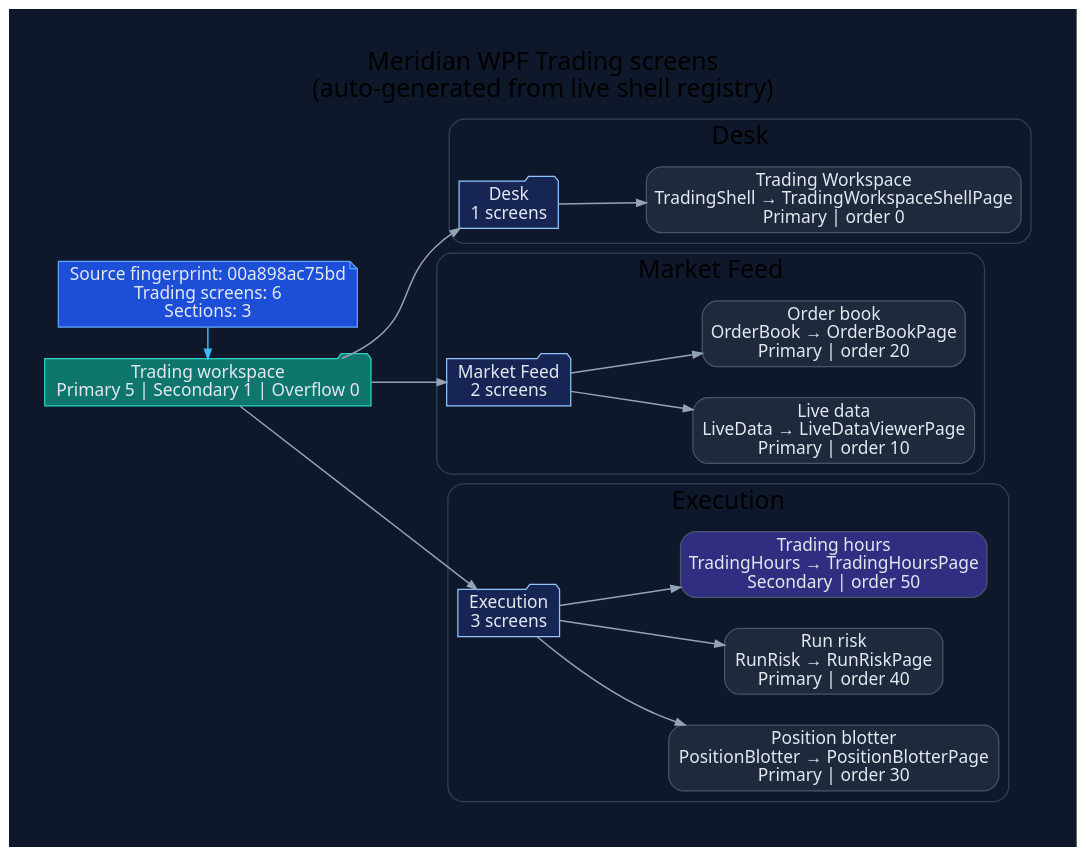
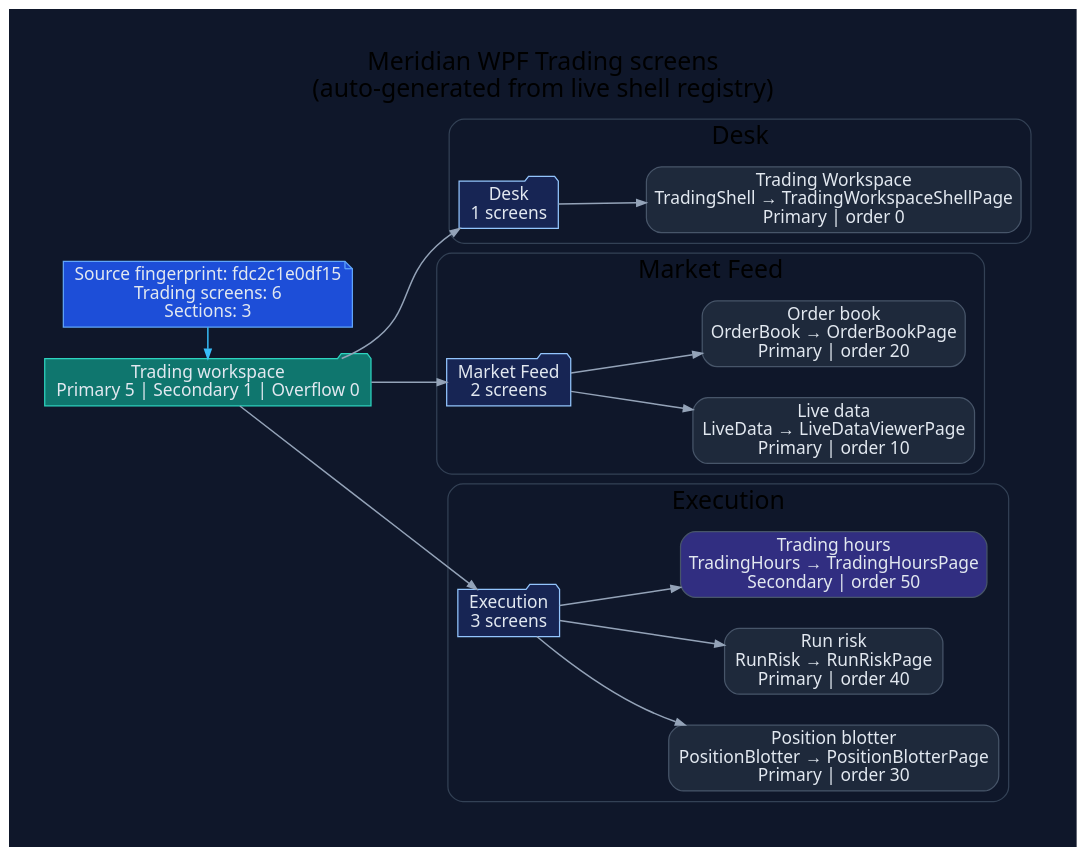
One commit to rodoHasArrived/Meridian-main changed the diagram in docs/diagrams/ui-wpf-screens-trading.dot. Above: the diagram before and after it, drawn with Graphviz. The commit also changed 86 other files, not shown here.

```diff
--- a/docs/diagrams/ui-wpf-screens-trading.dot
+++ b/docs/diagrams/ui-wpf-screens-trading.dot
@@ -1,62 +1,62 @@
 // -----------------------------------------------------------------------------
 // <auto-generated>
 // Generated by scripts/generate-diagrams.mjs.
 // Do not edit this file directly; update the WPF source files instead.
 // -----------------------------------------------------------------------------
 digraph WpfTradingScreens {
   graph [
     rankdir=LR,
     labelloc=t,
     label="Meridian WPF Trading screens\n(auto-generated from live shell registry)",
     fontname="Segoe UI",
     fontsize=20,
     pad=0.4,
     nodesep=0.35,
     ranksep=0.85,
     bgcolor="#0f172a"
   ];
   node [fontname="Segoe UI", shape=box, style="rounded,filled", color="#475569", fontcolor="#e2e8f0", fillcolor="#1e293b"];
   edge [fontname="Segoe UI", color="#94a3b8", penwidth=1.2, arrowsize=0.75];
 
-  generated [shape=note, fillcolor="#1d4ed8", color="#60a5fa", label="Source fingerprint: 00a898ac75bd\nTrading screens: 6\nSections: 3"];
+  generated [shape=note, fillcolor="#1d4ed8", color="#60a5fa", label="Source fingerprint: fdc2c1e0df15\nTrading screens: 6\nSections: 3"];
   workspace [shape=folder, fillcolor="#0f766e", color="#2dd4bf", label="Trading workspace\nPrimary 5 | Secondary 1 | Overflow 0"];
   generated -> workspace [color="#38bdf8"];
 
   subgraph cluster_section_1 {
     label="Desk";
     color="#334155";
     style="rounded";
     section_1 [shape=folder, fillcolor="#172554", color="#93c5fd", label="Desk\n1 screens"];
     workspace -> section_1;
     screen_TradingShell [fillcolor="#1e293b", label="Trading Workspace\nTradingShell → TradingWorkspaceShellPage\nPrimary | order 0"];
     section_1 -> screen_TradingShell;
   }
 
   subgraph cluster_section_2 {
     label="Market Feed";
     color="#334155";
     style="rounded";
     section_2 [shape=folder, fillcolor="#172554", color="#93c5fd", label="Market Feed\n2 screens"];
     workspace -> section_2;
     screen_LiveData [fillcolor="#1e293b", label="Live data\nLiveData → LiveDataViewerPage\nPrimary | order 10"];
     section_2 -> screen_LiveData;
     screen_OrderBook [fillcolor="#1e293b", label="Order book\nOrderBook → OrderBookPage\nPrimary | order 20"];
     section_2 -> screen_OrderBook;
   }
 
   subgraph cluster_section_3 {
     label="Execution";
     color="#334155";
     style="rounded";
     section_3 [shape=folder, fillcolor="#172554", color="#93c5fd", label="Execution\n3 screens"];
     workspace -> section_3;
     screen_PositionBlotter [fillcolor="#1e293b", label="Position blotter\nPositionBlotter → PositionBlotterPage\nPrimary | order 30"];
     section_3 -> screen_PositionBlotter;
     screen_RunRisk [fillcolor="#1e293b", label="Run risk\nRunRisk → RunRiskPage\nPrimary | order 40"];
     section_3 -> screen_RunRisk;
     screen_TradingHours [fillcolor="#312e81", label="Trading hours\nTradingHours → TradingHoursPage\nSecondary | order 50"];
     section_3 -> screen_TradingHours;
   }
 
   { rank=min; generated; workspace; }
 }
```
